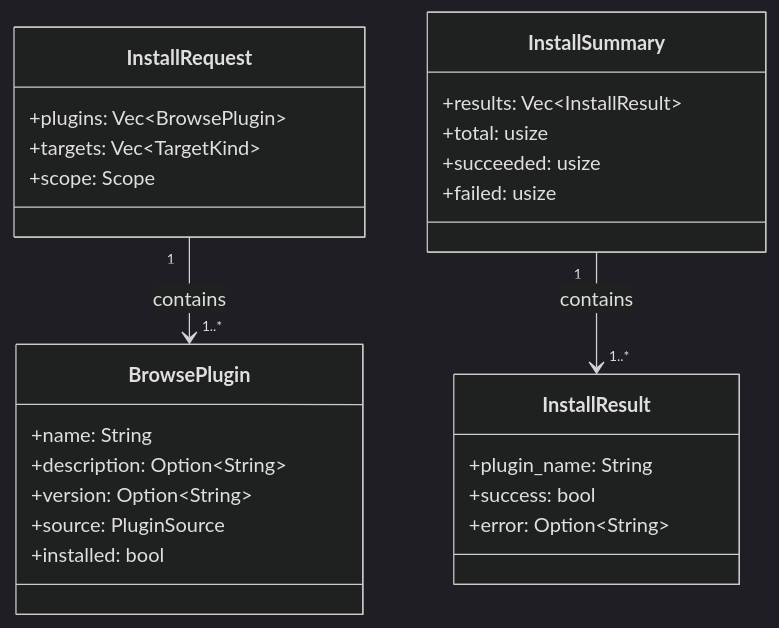
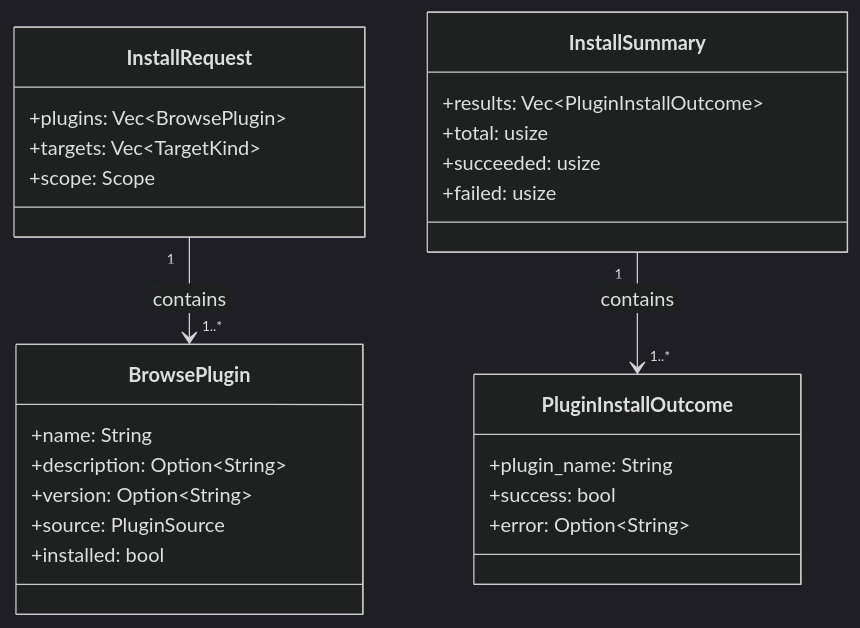
One commit to DIO0550/plugin-manager changed the first of 3 diagrams in docs/design-marketplace-browse-install.md. Above: the diagram before and after it, drawn with Mermaid (dark theme). The commit also changed other lines of this file and 3 other files, not shown here.

````diff
--- a/docs/design-marketplace-browse-install.md
+++ b/docs/design-marketplace-browse-install.md
@@ -132,28 +132,28 @@
 ```mermaid
 classDiagram
     class BrowsePlugin {
         +name: String
         +description: Option~String~
         +version: Option~String~
         +source: PluginSource
         +installed: bool
     }
     class InstallRequest {
         +plugins: Vec~BrowsePlugin~
         +targets: Vec~TargetKind~
         +scope: Scope
     }
-    class InstallResult {
+    class PluginInstallOutcome {
         +plugin_name: String
         +success: bool
         +error: Option~String~
     }
     class InstallSummary {
-        +results: Vec~InstallResult~
+        +results: Vec~PluginInstallOutcome~
         +total: usize
         +succeeded: usize
         +failed: usize
     }
     InstallRequest "1" --> "1..*" BrowsePlugin : contains
-    InstallSummary "1" --> "1..*" InstallResult : contains
+    InstallSummary "1" --> "1..*" PluginInstallOutcome : contains
 ```
````
